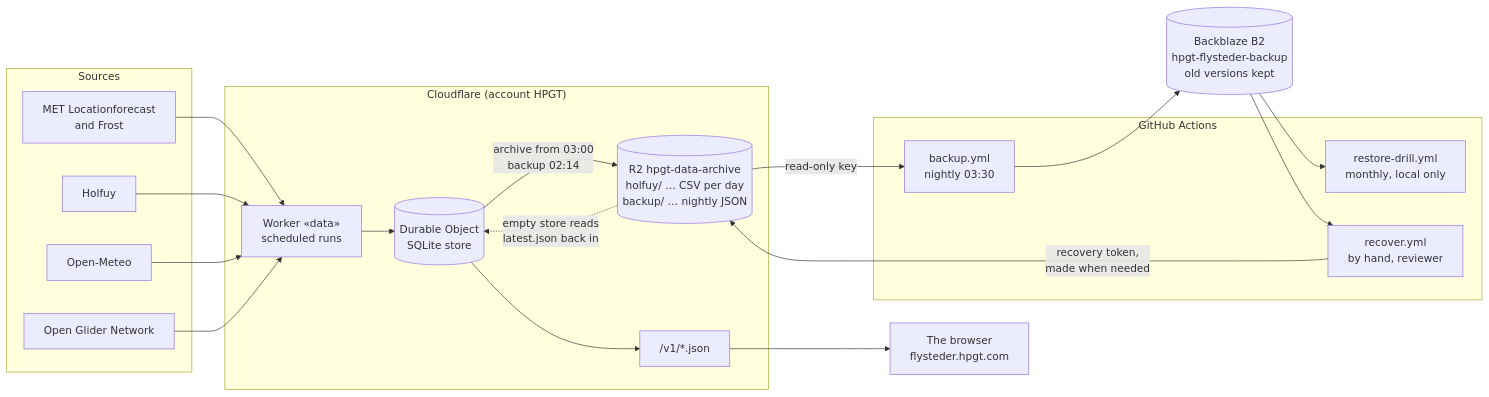
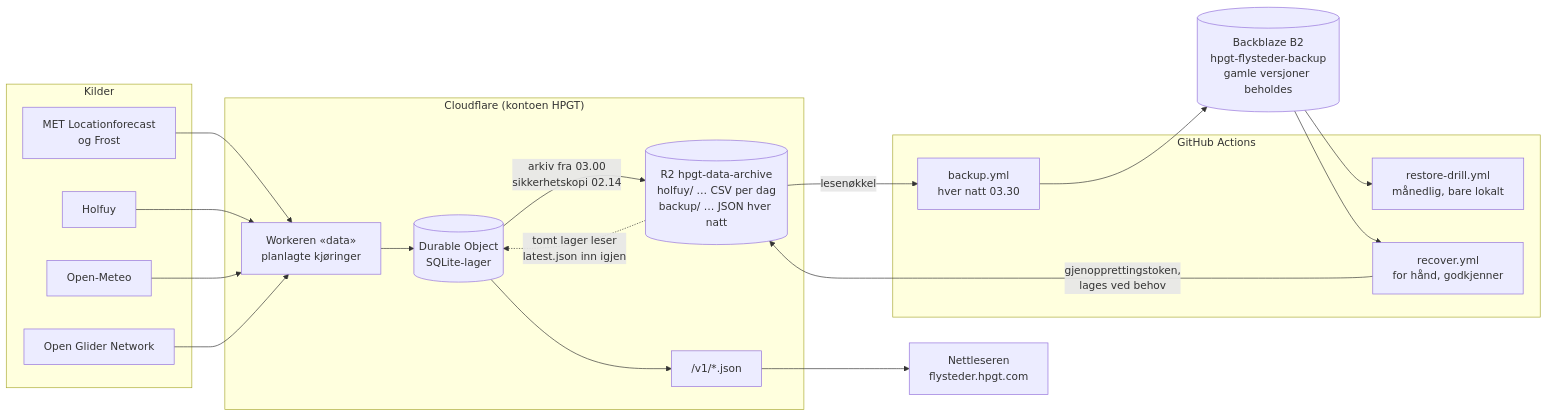
Before and after one commit to hpgt-com/flying-sites: the sixth of 7 diagrams in docs/architecture.md, drawn with Mermaid. The commit also changed other lines of this file and 28 other files, not shown here.

````diff
--- a/docs/architecture.md
+++ b/docs/architecture.md
@@ -335,33 +357,33 @@
 ```mermaid
 flowchart LR
-  subgraph sources["Sources"]
-    met["MET Locationforecast<br/>and Frost"]
+  subgraph sources["Kilder"]
+    met["MET Locationforecast<br/>og Frost"]
     holfuy["Holfuy"]
     om["Open-Meteo"]
     ogn["Open Glider Network"]
   end
 
-  subgraph cf["Cloudflare (account HPGT)"]
-    cron["Worker «data»<br/>scheduled runs"]
-    store[("Durable Object<br/>SQLite store")]
-    r2[("R2 hpgt-data-archive<br/>holfuy/ … CSV per day<br/>backup/ … nightly JSON")]
+  subgraph cf["Cloudflare (kontoen HPGT)"]
+    cron["Workeren «data»<br/>planlagte kjøringer"]
+    store[("Durable Object<br/>SQLite-lager")]
+    r2[("R2 hpgt-data-archive<br/>holfuy/ … CSV per dag<br/>backup/ … JSON hver natt")]
     api["/v1/*.json"]
   end
 
   subgraph gh["GitHub Actions"]
-    backup["backup.yml<br/>nightly 03:30"]
-    drill["restore-drill.yml<br/>monthly, local only"]
-    recover["recover.yml<br/>by hand, reviewer"]
+    backup["backup.yml<br/>hver natt 03.30"]
+    drill["restore-drill.yml<br/>månedlig, bare lokalt"]
+    recover["recover.yml<br/>for hånd, godkjenner"]
   end
 
-  b2[("Backblaze B2<br/>hpgt-flysteder-backup<br/>old versions kept")]
-  browser["The browser<br/>flysteder.hpgt.com"]
+  b2[("Backblaze B2<br/>hpgt-flysteder-backup<br/>gamle versjoner beholdes")]
+  browser["Nettleseren<br/>flysteder.hpgt.com"]
 
   met & holfuy & om & ogn --> cron --> store
   store --> api --> browser
-  store -- "archive from 03:00<br/>backup 02:14" --> r2
-  r2 -- "read-only key" --> backup --> b2
+  store -- "arkiv fra 03.00<br/>sikkerhetskopi 02.14" --> r2
+  r2 -- "lesenøkkel" --> backup --> b2
   b2 --> drill
-  b2 --> recover -- "recovery token,<br/>made when needed" --> r2
-  r2 -. "empty store reads<br/>latest.json back in" .-> store
+  b2 --> recover -- "gjenopprettingstoken,<br/>lages ved behov" --> r2
+  r2 -. "tomt lager leser<br/>latest.json inn igjen" .-> store
 ```
````
